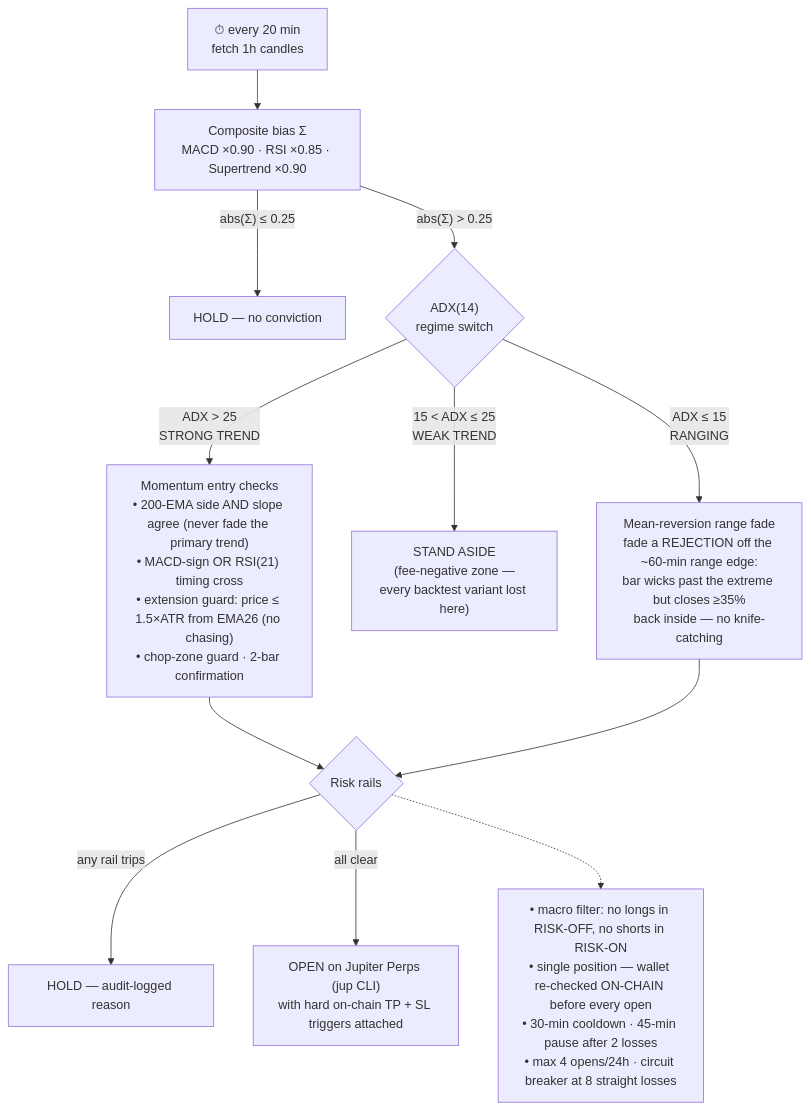
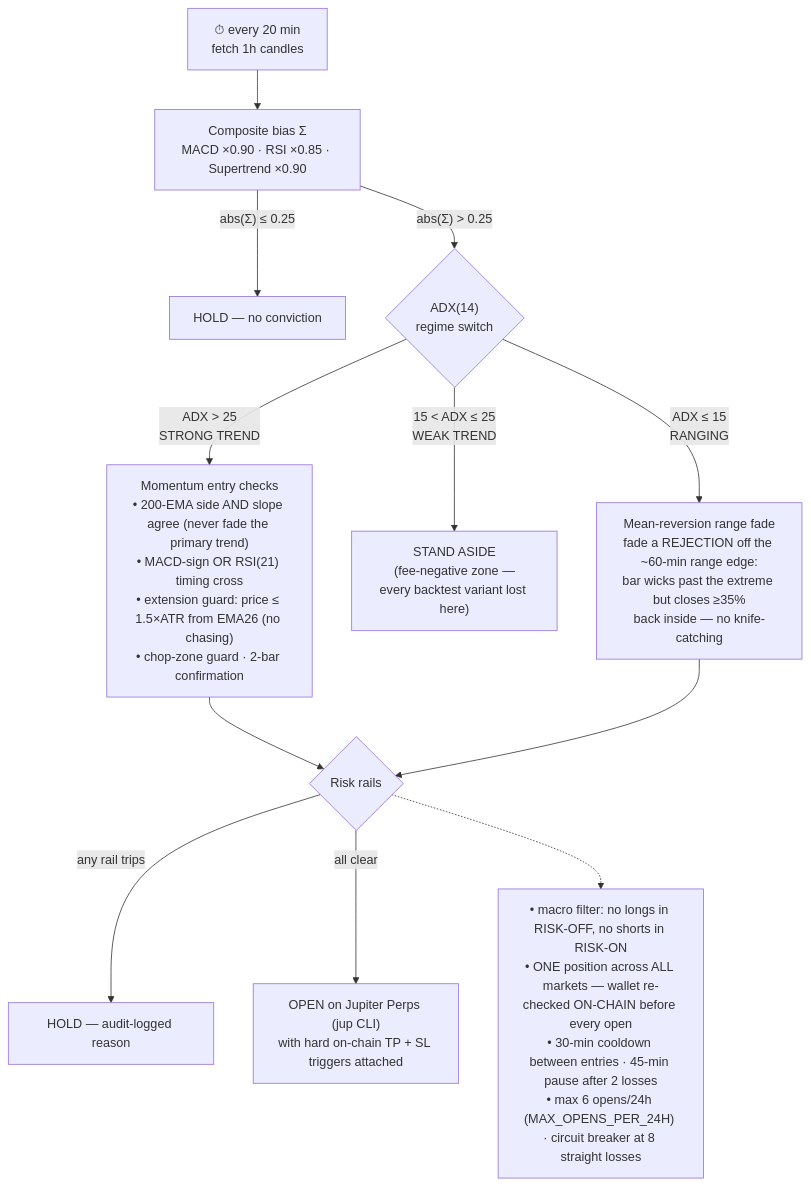
The first of 2 diagrams in README.md (shahshawaiz/Solana-Trade-Classifier), drawn with Mermaid before and after one commit. The commit also changed other lines of this file and 3 other files, not shown here.

First line of the commit message:
Multi-asset scan (SOL/ETH/BTC): frequency via breadth, one position slot

````diff
--- a/README.md
+++ b/README.md
@@ -59,17 +65,17 @@
 ```mermaid
 flowchart TD
     T["⏱ every 20 min<br/>fetch 1h candles"] --> A["Composite bias Σ<br/>MACD ×0.90 · RSI ×0.85 · Supertrend ×0.90"]
     A -->|"abs(Σ) ≤ 0.25"| H1["HOLD — no conviction"]
     A -->|"abs(Σ) > 0.25"| B{"ADX(14)<br/>regime switch"}
 
     B -->|"ADX ≤ 15<br/>RANGING"| D["Mean-reversion range fade<br/>fade a REJECTION off the ~60-min range edge:<br/>bar wicks past the extreme but closes ≥35%<br/>back inside — no knife-catching"]
     B -->|"15 < ADX ≤ 25<br/>WEAK TREND"| H2["STAND ASIDE<br/>(fee-negative zone —<br/>every backtest variant lost here)"]
     B -->|"ADX > 25<br/>STRONG TREND"| C["Momentum entry checks<br/>• 200-EMA side AND slope agree (never fade the primary trend)<br/>• MACD-sign OR RSI(21) timing cross<br/>• extension guard: price ≤ 1.5×ATR from EMA26 (no chasing)<br/>• chop-zone guard · 2-bar confirmation"]
 
     C --> E{"Risk rails"}
     D --> E
     E -->|"any rail trips"| H3["HOLD — audit-logged reason"]
     E -->|"all clear"| F["OPEN on Jupiter Perps (jup CLI)<br/>with hard on-chain TP + SL triggers attached"]
 
-    E -.-> R["• macro filter: no longs in RISK-OFF, no shorts in RISK-ON<br/>• single position — wallet re-checked ON-CHAIN before every open<br/>• 30-min cooldown · 45-min pause after 2 losses<br/>• max 4 opens/24h · circuit breaker at 8 straight losses"]
+    E -.-> R["• macro filter: no longs in RISK-OFF, no shorts in RISK-ON<br/>• ONE position across ALL markets — wallet re-checked ON-CHAIN before every open<br/>• 30-min cooldown between entries · 45-min pause after 2 losses<br/>• max 6 opens/24h (MAX_OPENS_PER_24H) · circuit breaker at 8 straight losses"]
 ```
````
